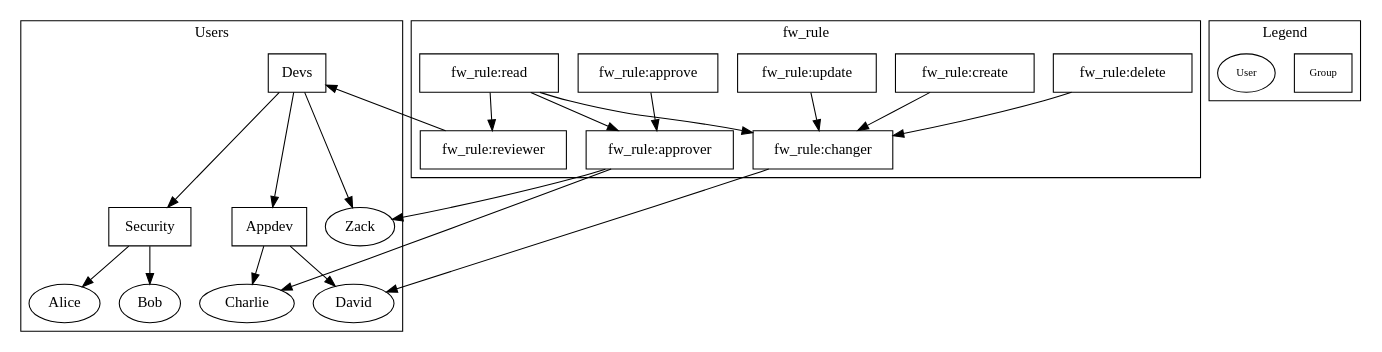
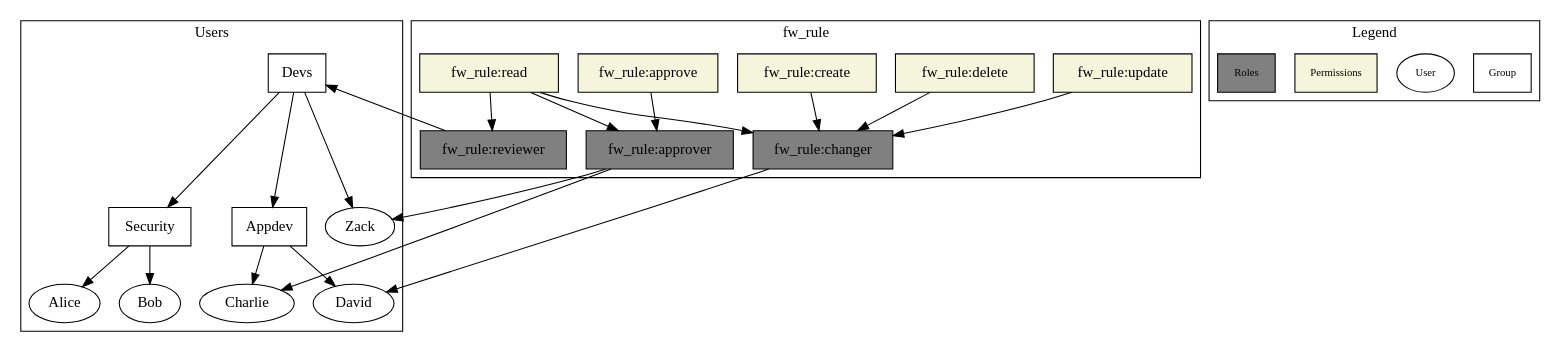
One commit to ackerleytng/kc-ad-exploration changed the diagram in provisioned-ad-structure.dot. Above: the diagram before and after it, drawn with Graphviz. The commit also changed 1 other file, not shown here.

Commit message:
Add color for roles and permissions

```diff
--- a/provisioned-ad-structure.dot
+++ b/provisioned-ad-structure.dot
@@ -1,87 +1,89 @@
 digraph g {
     newrank=true
 
     subgraph cluster_0 {
         label="Users"
 
         devs [label="Devs",shape=rectangle]
         security [label="Security",shape=rectangle]
         appdev [label="Appdev",shape=rectangle]
 
         user0 [label="Alice"]
         user1 [label="Bob"]
         user2 [label="Charlie"]
         user3 [label="David"]
         user4 [label="Zack"]
 
         devs -> security
         devs -> appdev
         devs -> user4
 
         security -> user0
         security -> user1
 
         appdev -> user2
         appdev -> user3
 
         {
             rank=same
             user4
             security
             appdev
         }
     }
 
     subgraph cluster_1 {
         label="fw_rule"
 
-        fwr_approve [label="fw_rule:approve",shape=rectangle,width=1.8]
-        fwr_create [label="fw_rule:create",shape=rectangle,width=1.8]
-        fwr_read [label="fw_rule:read",shape=rectangle,width=1.8]
-        fwr_update [label="fw_rule:update",shape=rectangle,width=1.8]
-        fwr_delete [label="fw_rule:delete",shape=rectangle,width=1.8]
+        fwr_approve [label="fw_rule:approve",shape=rectangle,width=1.8,fillcolor=beige,style=filled]
+        fwr_create [label="fw_rule:create",shape=rectangle,width=1.8,fillcolor=beige,style=filled]
+        fwr_read [label="fw_rule:read",shape=rectangle,width=1.8,fillcolor=beige,style=filled]
+        fwr_update [label="fw_rule:update",shape=rectangle,width=1.8,fillcolor=beige,style=filled]
+        fwr_delete [label="fw_rule:delete",shape=rectangle,width=1.8,fillcolor=beige,style=filled]
 
-        fwr_approver [label="fw_rule:approver",shape=rectangle,width=1.8]
-        fwr_changer [label="fw_rule:changer",shape=rectangle,width=1.8]
-        fwr_reviewer [label="fw_rule:reviewer",shape=rectangle,width=1.8]
+        fwr_approver [label="fw_rule:approver",shape=rectangle,width=1.8,fillcolor=grey,style=filled]
+        fwr_changer [label="fw_rule:changer",shape=rectangle,width=1.8,fillcolor=grey,style=filled]
+        fwr_reviewer [label="fw_rule:reviewer",shape=rectangle,width=1.8,fillcolor=grey,style=filled]
 
         fwr_approve -> fwr_approver
         fwr_read -> fwr_approver
 
         fwr_create -> fwr_changer
         fwr_read -> fwr_changer
         fwr_update -> fwr_changer
         fwr_delete -> fwr_changer
 
         fwr_read -> fwr_reviewer
 
         fwr_reviewer -> devs
         fwr_approver -> user2
         fwr_approver -> user4
 
         fwr_changer -> user3
     }
 
     {
         rank=same
         fwr_approve
         fwr_create
         fwr_read
         fwr_update
         fwr_delete
 
         devs
     }
 
     subgraph cluster_key {
         node [fontsize=10]
         label="Legend"
         {
             rank=same
             groups
             users
         }
         groups [label="Group",shape=rectangle]
         users [label="User"]
+        permissions [label="Permissions",shape=rectangle,fillcolor=beige,style=filled]
+        roles [label="Roles",shape=rectangle,fillcolor=grey,style=filled]
     }
 }
```
